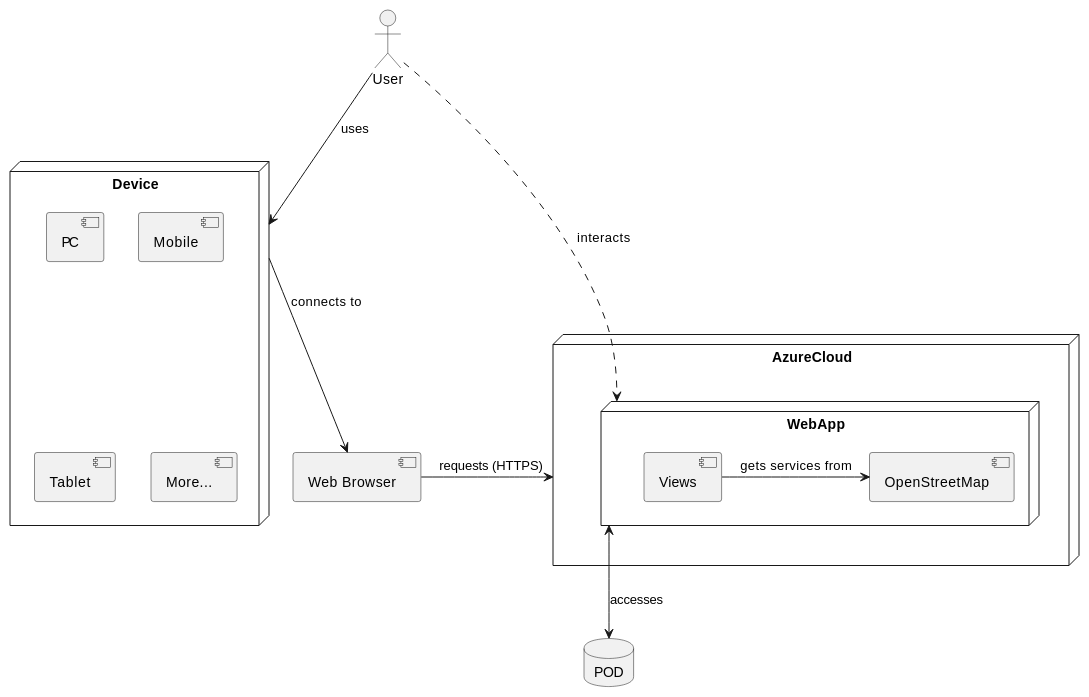
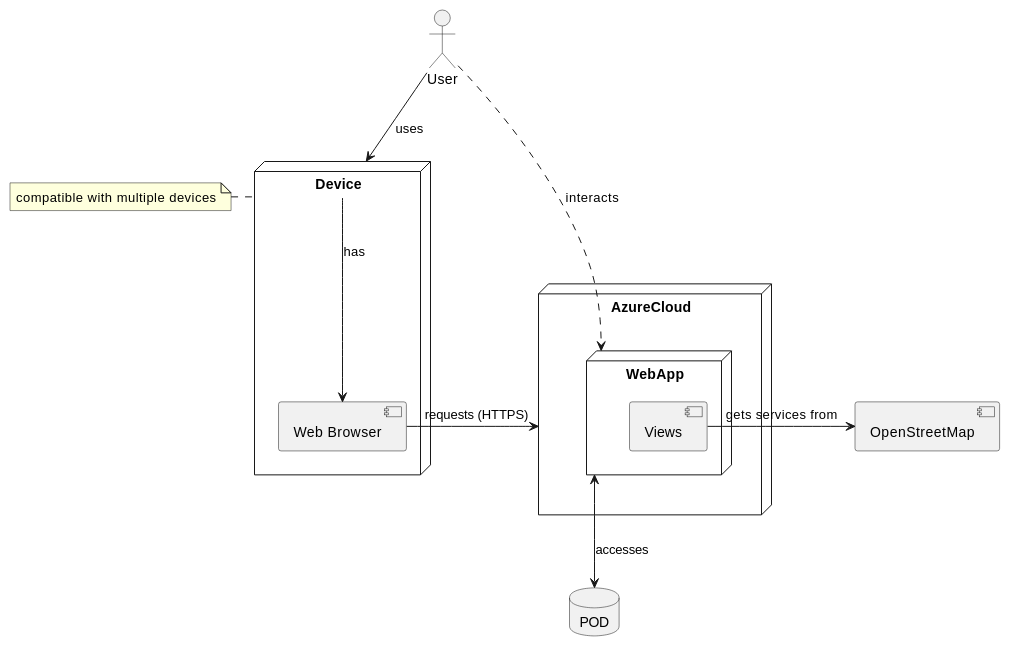
Before and after one commit to Arquisoft/lomap_es3a: the second of 2 diagrams in docs/03_system_scope_and_context.adoc, drawn with PlantUML.

Commit message:
10/04/2023 - Omar - Corregido diagrama de contexto técnico

```diff
--- a/docs/03_system_scope_and_context.adoc
+++ b/docs/03_system_scope_and_context.adoc
@@ -43,29 +43,27 @@
 [plantuml, "technicalcontext", png]
 ----
 Actor User as user
 
 node device as "Device" {
-    component pc as "PC"
-    component mobile as "Mobile"
-    component tablet as "Tablet"
-    component more as "More..."
+    component browser as "Web Browser"
 }
+note left of device: compatible with multiple devices
 
-component browser as "Web Browser"
 
 node cloud as "AzureCloud"{    
     node webapp as "WebApp" {
         component views as "Views"
-        component api as "OpenStreetMap"
     }
 }
+
+component api as "OpenStreetMap"
 
 database POD
 
 user -down..> webapp: interacts
 user -right-> device: uses
-device -down-> browser: connects to
+device -down-> browser: has
 browser -left-> cloud: requests (HTTPS)
 webapp <-down-> POD: accesses
 views -right-> api: gets services from
 ----
```
